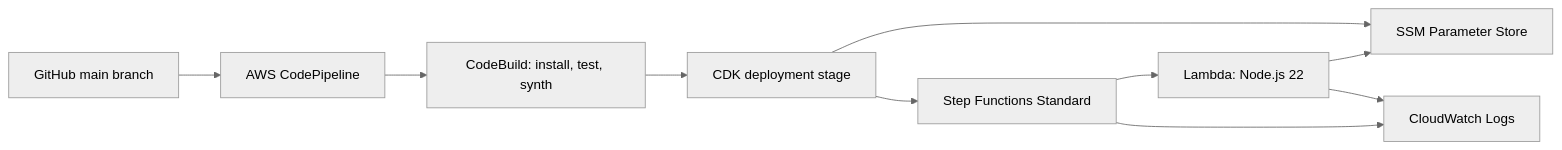
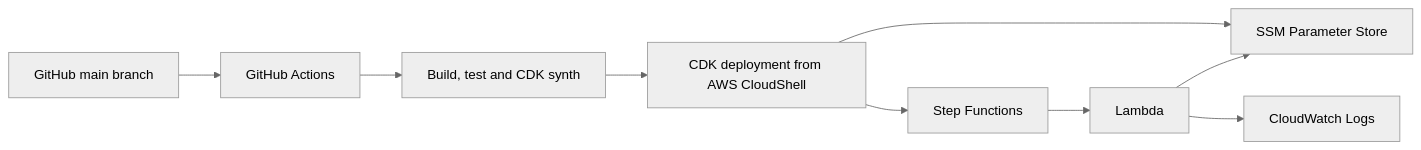
One commit to RURIGIMK/aws-serverless-workflow-platform changed the diagram in README.md. Above: the diagram before and after it, drawn with Mermaid (neutral theme). The commit also changed other lines of this file, not shown here.

Commit message:
Simplify deployment for AWS Academy environment

````diff
--- a/README.md
+++ b/README.md
@@ -14,12 +14,11 @@
 ```mermaid
 flowchart LR
-  G[GitHub main branch] --> P[AWS CodePipeline]
-  P --> B[CodeBuild: install, test, synth]
-  B --> D[CDK deployment stage]
+  G[GitHub main branch] --> A[GitHub Actions]
+  A --> V[Build, test and CDK synth]
+  V --> D[CDK deployment from AWS CloudShell]
   D --> S[SSM Parameter Store]
-  D --> F[Step Functions Standard]
-  F --> L[Lambda: Node.js 22]
+  D --> F[Step Functions]
+  F --> L[Lambda]
   L --> S
   L --> C[CloudWatch Logs]
-  F --> C
 ```
````
